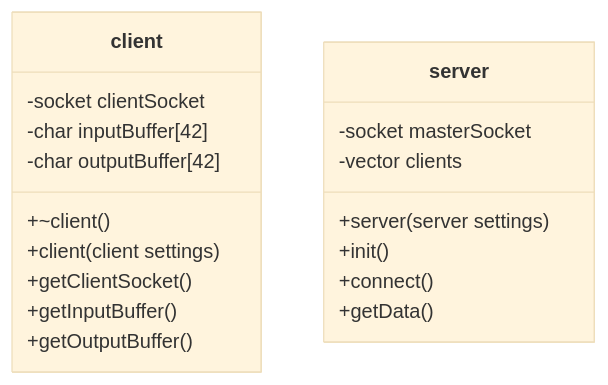
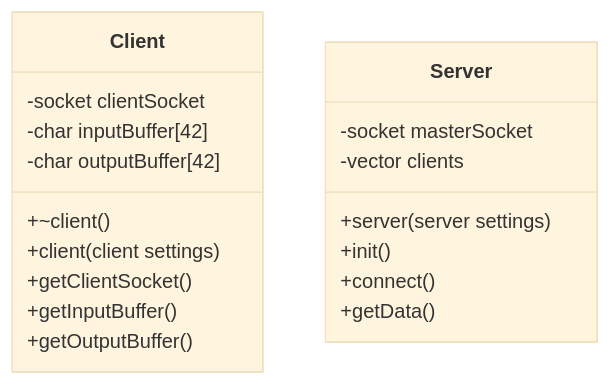
One commit to simon-ameye/42-ft_irc changed the second of 2 diagrams in Readme.md. Above: the diagram before and after it, drawn with Mermaid (base theme).

````diff
--- a/Readme.md
+++ b/Readme.md
@@ -56,22 +56,22 @@
 ```mermaid
 classDiagram
-    class client{
+    class Client{
         +~client()
         +client(client settings)
         +getClientSocket()
         +getInputBuffer()
         +getOutputBuffer()
         -socket clientSocket
         -char inputBuffer[42]
         -char outputBuffer[42]
     }
 
-    class server{
+    class Server{
         +server(server settings)
         -socket masterSocket
         -vector<client> clients
         +init()
         +connect()
         +getData()
     }
 ```
````
